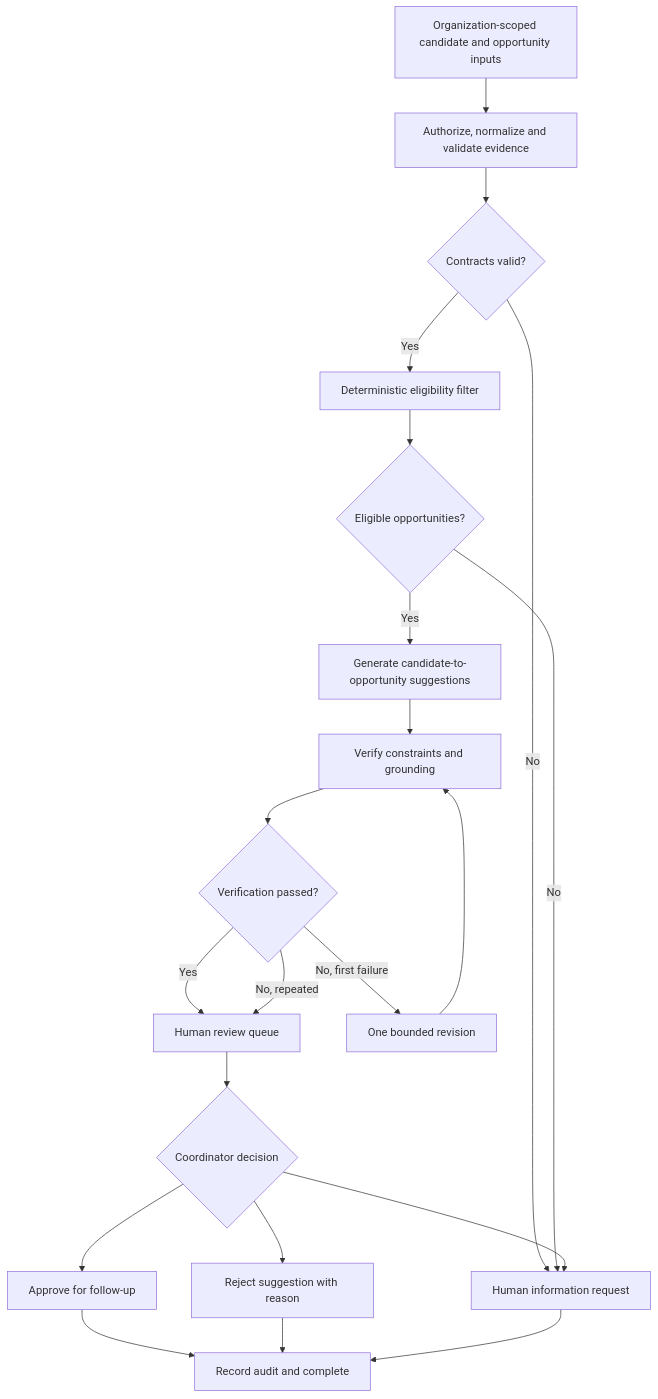
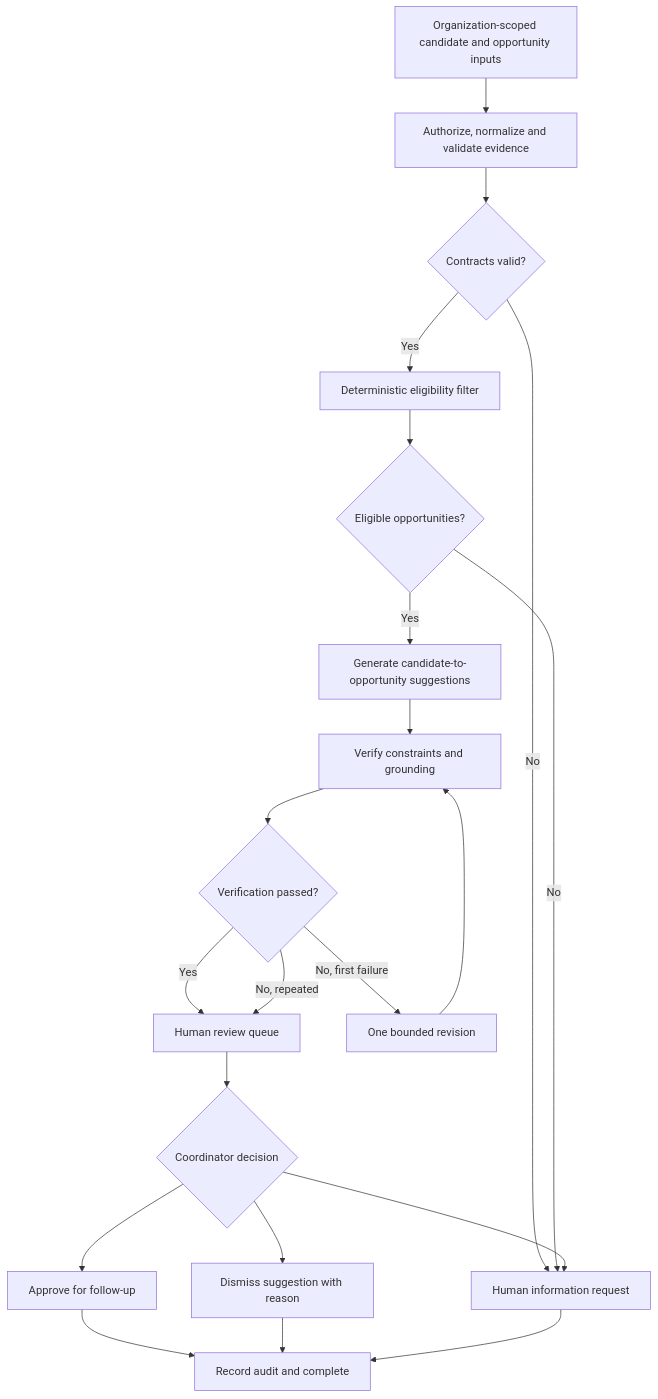
One commit to dhouse109/recruitment-augmentation-platform changed the second of 3 diagrams in docs/PROJECT-FOUNDATION.md. Above: the diagram before and after it, drawn with Mermaid. The commit also changed other lines of this file and 7 other files, not shown here.

````diff
--- a/docs/PROJECT-FOUNDATION.md
+++ b/docs/PROJECT-FOUNDATION.md
@@ -322,23 +322,23 @@
 ```mermaid
 flowchart TD
     A[Organization-scoped candidate and opportunity inputs] --> B[Authorize, normalize and validate evidence]
     B --> C{Contracts valid?}
     C -- No --> H[Human information request]
     C -- Yes --> D[Deterministic eligibility filter]
     D --> E{Eligible opportunities?}
     E -- No --> H
     E -- Yes --> F[Generate candidate-to-opportunity suggestions]
     F --> G[Verify constraints and grounding]
     G --> I{Verification passed?}
     I -- Yes --> J[Human review queue]
     I -- No, first failure --> K[One bounded revision]
     K --> G
     I -- No, repeated --> J
     J --> L{Coordinator decision}
     L --> M[Approve for follow-up]
-    L --> N[Reject suggestion with reason]
+    L --> N[Dismiss suggestion with reason]
     L --> H
     M --> O[Record audit and complete]
     N --> O
     H --> O
 ```
````
